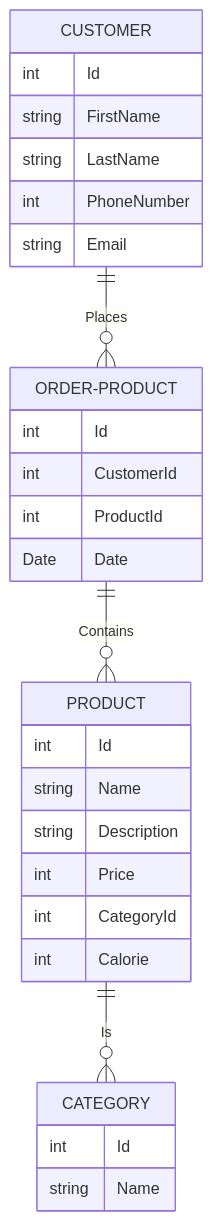
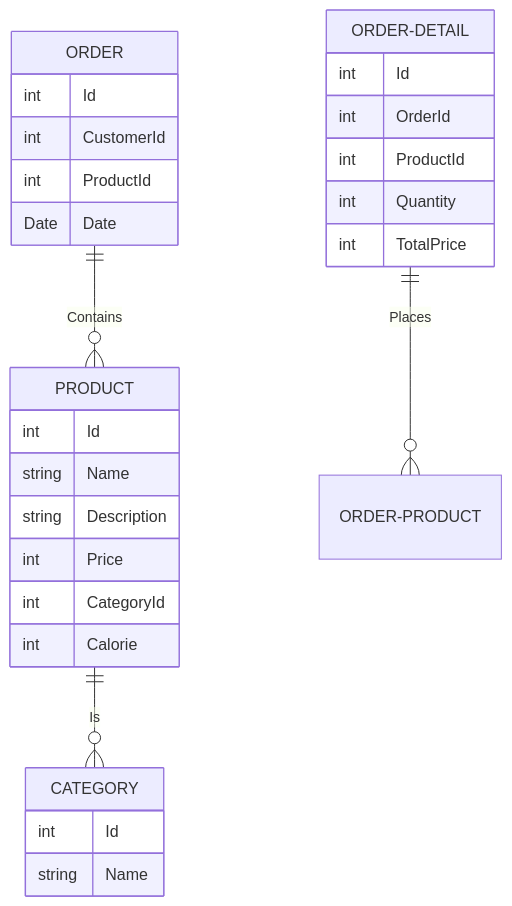
One commit to xHolland0/Pattisserie-Desktop-App changed the diagram in README.md. Above: the diagram before and after it, drawn with Mermaid.

````diff
--- a/README.md
+++ b/README.md
@@ -12,33 +12,33 @@
 ```mermaid
 erDiagram
-    CUSTOMER ||--o{ ORDER-PRODUCT : Places
-    CUSTOMER {
-int Id
-string FirstName
-string LastName
- int PhoneNumber
-string Email
-    }
-
-    ORDER-PRODUCT ||--o{ PRODUCT : Contains
-    ORDER-PRODUCT {
+    ORDER ||--o{ PRODUCT : Contains
+    ORDER {
 int Id
 int CustomerId
 int ProductId
 Date Date
+    }
+
+    ORDER-DETAIL ||--o{ ORDER-PRODUCT : Places
+    ORDER-DETAIL {
+int Id
+int OrderId
+int ProductId
+int Quantity
+int TotalPrice
     }
 
     PRODUCT ||--o{ CATEGORY : Is
     PRODUCT {
 int Id
 string Name
 string Description
 int Price
 int CategoryId
 int Calorie
     }
     CATEGORY {
 int Id
 string Name
     }
 ```
````
